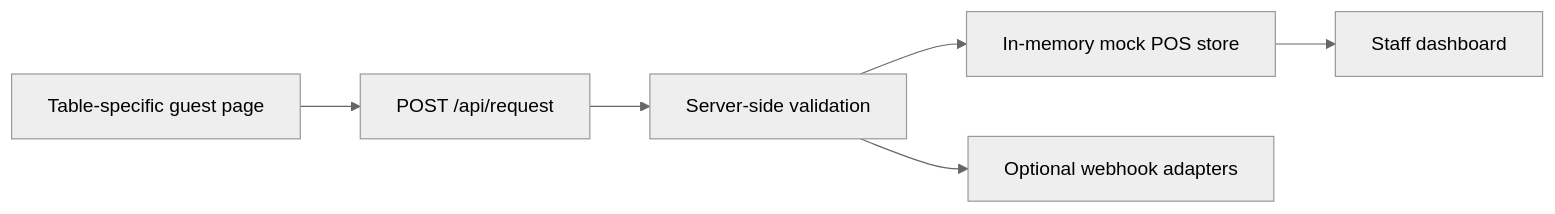
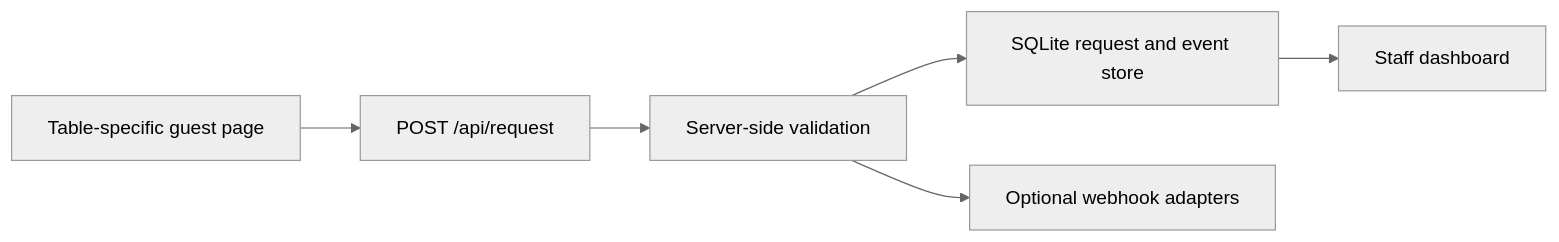
The diagram in README.md (Zach-Fogle/TableTap-MVP), drawn with Mermaid (neutral theme) before and after one commit. The commit also changed other lines of this file and 7 other files, not shown here.

````diff
--- a/README.md
+++ b/README.md
@@ -15,8 +34,8 @@
 ```mermaid
 flowchart LR
   Guest[Table-specific guest page] --> API[POST /api/request]
   API --> Validation[Server-side validation]
-  Validation --> Store[In-memory mock POS store]
+  Validation --> Store[SQLite request and event store]
   Store --> Staff[Staff dashboard]
   Validation --> Hooks[Optional webhook adapters]
 ```
````
